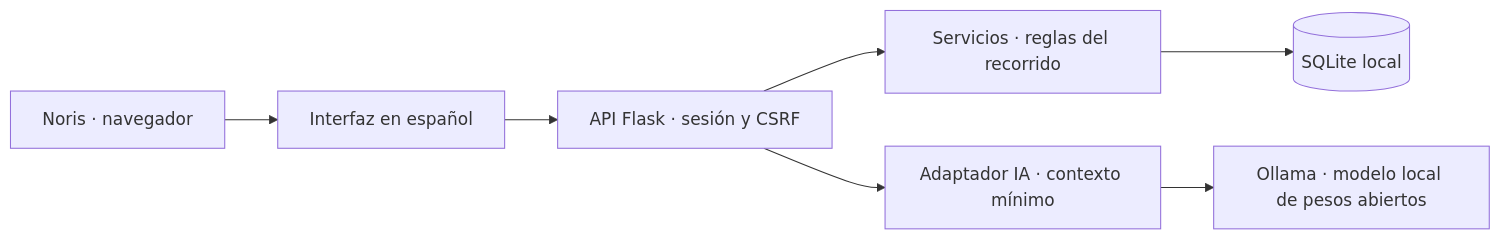
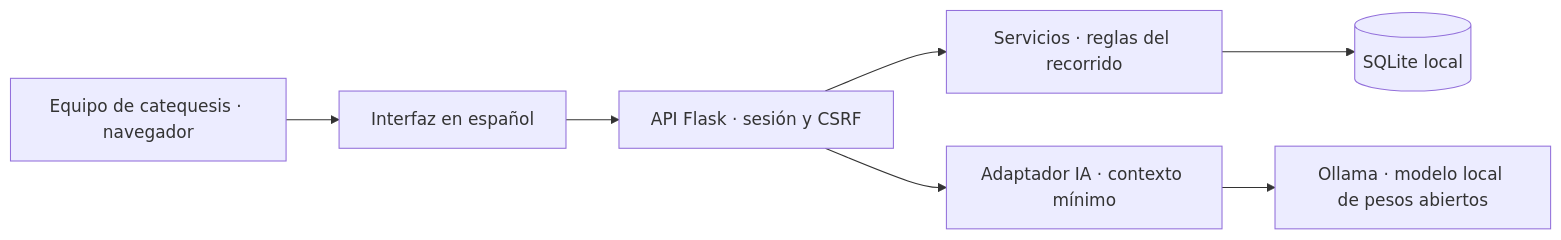
The diagram in docs/arquitectura.md (yosef7/sendero-catequesis), drawn with Mermaid before and after one commit. The commit also changed other lines of this file and 21 other files, not shown here.

````diff
--- a/docs/arquitectura.md
+++ b/docs/arquitectura.md
@@ -3,9 +3,9 @@
 ```mermaid
 flowchart LR
-    N[Noris · navegador] --> UI[Interfaz en español]
+    N[Equipo de catequesis · navegador] --> UI[Interfaz en español]
     UI --> API[API Flask · sesión y CSRF]
     API --> S[Servicios · reglas del recorrido]
     S --> DB[(SQLite local)]
     API --> A[Adaptador IA · contexto mínimo]
     A --> O[Ollama · modelo local de pesos abiertos]
 ```
````
